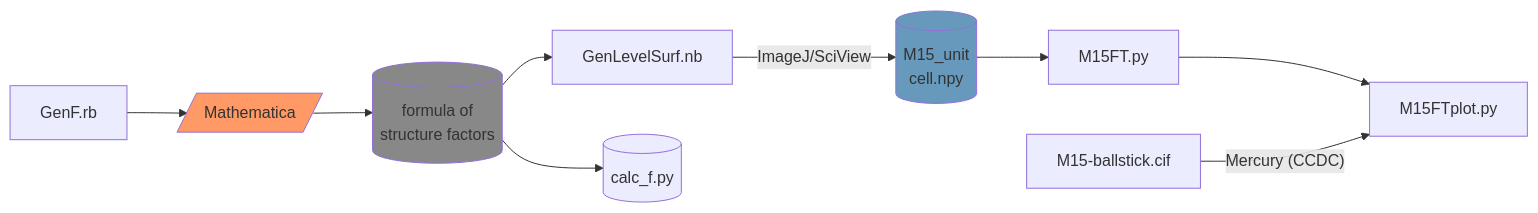
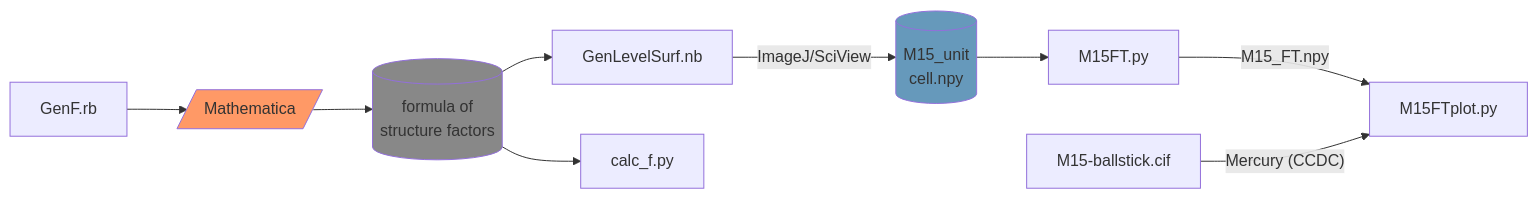
One commit to Z-H-Sun/IMCmesh changed the second of 2 diagrams in README.md. Above: the diagram before and after it, drawn with Mermaid. The commit also changed other lines of this file and 2 other files, not shown here.

````diff
--- a/README.md
+++ b/README.md
@@ -102,14 +102,14 @@
 ```mermaid
 graph LR;
     A[GenF.rb]-->B[/Mathematica/];
     B-->C[(formula of<br>structure factors)];    
     C-->D[GenLevelSurf.nb];
-    C-->E[(calc_f.py)];
+    C-->E[calc_f.py];
     D-->|ImageJ/SciView|F[(M15_unit<br>cell.npy)];
     F-->G[M15FT.py]
-    G-->H[M15FTplot.py]
+    G-->|M15_FT.npy|H[M15FTplot.py]
     I[M15-ballstick.cif]-->|"Mercury (CCDC)"|H
     style B fill:#f96;
     style C fill:#888;
     style F fill:#69b;
 ```
````
